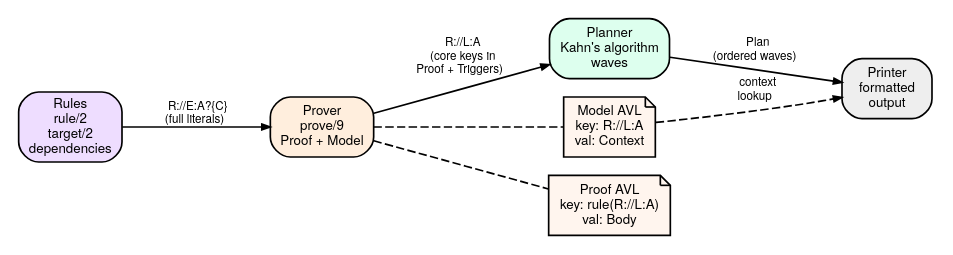
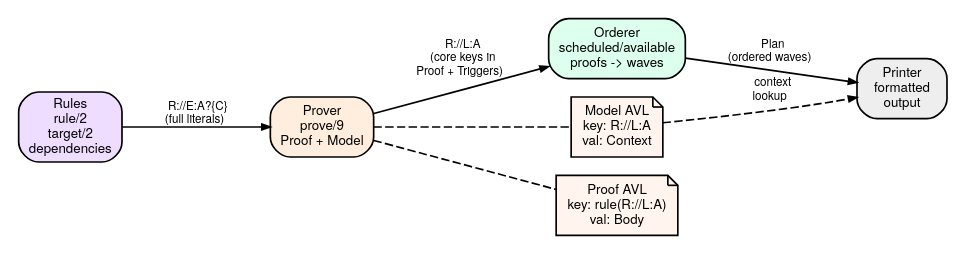
The diagram in Documentation/Handbook/Diagrams/05-literal-flow.dot (pvdabeel/prolog), drawn with Graphviz before and after one commit. The commit also changed 83 other files, not shown here.

```diff
--- a/Documentation/Handbook/Diagrams/05-literal-flow.dot
+++ b/Documentation/Handbook/Diagrams/05-literal-flow.dot
@@ -1,37 +1,37 @@
 digraph literal_flow {
   rankdir=LR;
   fontname="Helvetica Neue";
   fontsize=9;
   node [fontname="Helvetica Neue", fontsize=8, style=filled, margin="0.08,0.04"];
   edge [fontname="Helvetica Neue", fontsize=7, arrowsize=0.5];
   nodesep=0.15;
   ranksep=0.6;
 
   // Pipeline stages
   rules [shape=box, style="filled,rounded", fillcolor="#eeddff",
     label="Rules\nrule/2\ntarget/2\ndependencies"];
 
   prover [shape=box, style="filled,rounded", fillcolor="#ffeedd",
     label="Prover\nprove/9\nProof + Model"];
 
-  planner [shape=box, style="filled,rounded", fillcolor="#ddffee",
-    label="Planner\nKahn's algorithm\nwaves"];
+  orderer [shape=box, style="filled,rounded", fillcolor="#ddffee",
+    label="Orderer\nscheduled/available\nproofs -> waves"];
 
   printer [shape=box, style="filled,rounded", fillcolor="#eeeeee",
     label="Printer\nformatted\noutput"];
 
   // Data flowing between stages
   rules -> prover [label="  R://E:A?{C}\n  (full literals)  "];
-  prover -> planner [label="  R://L:A\n  (core keys in\n  Proof + Triggers)  "];
-  planner -> printer [label="  Plan\n  (ordered waves)  "];
+  prover -> orderer [label="  R://L:A\n  (core keys in\n  Proof + Triggers)  "];
+  orderer -> printer [label="  Plan\n  (ordered waves)  "];
 
   // Side annotations
   model [shape=note, fillcolor="#fff5ee",
     label="Model AVL\nkey: R://L:A\nval: Context"];
   proof [shape=note, fillcolor="#fff5ee",
     label="Proof AVL\nkey: rule(R://L:A)\nval: Body"];
 
   prover -> model [style=dashed, arrowhead=none];
   prover -> proof [style=dashed, arrowhead=none];
   model -> printer [style=dashed, label="  context\n  lookup  "];
 }
```
